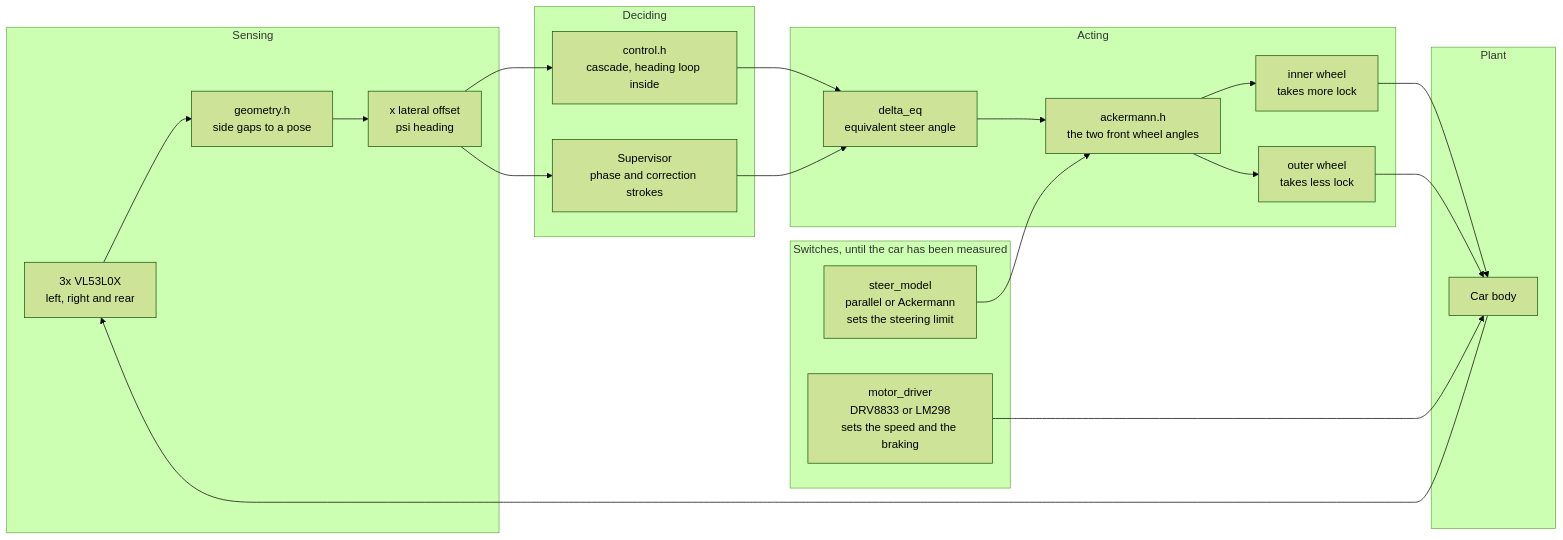
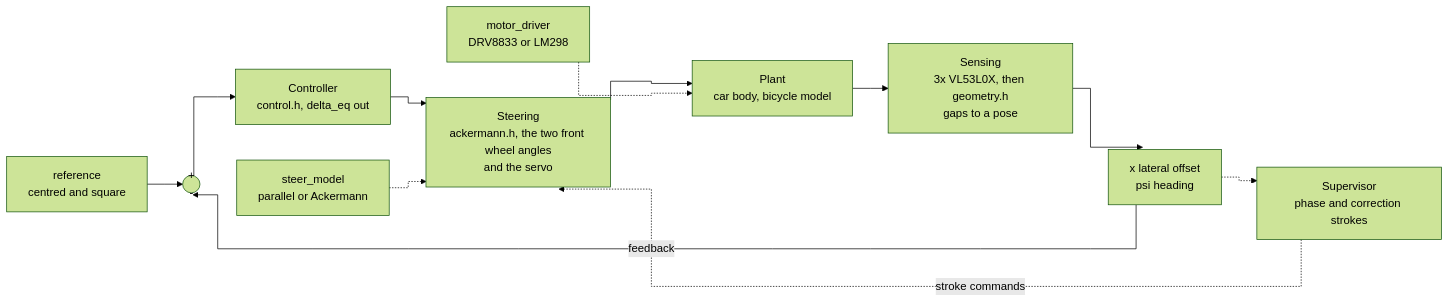
One commit to AndrewKHalim/Self-Parking-Car changed the second of 2 diagrams in README.md. Above: the diagram before and after it, drawn with Mermaid (forest theme). The commit also changed other lines of this file and 17 other files, not shown here.

````diff
--- a/README.md
+++ b/README.md
@@ -290,31 +220,27 @@
 ```mermaid
+%%{init: {'flowchart': {'curve': 'stepBefore'}}}%%
 flowchart LR
-    subgraph sensing ["Sensing"]
-        s1["3x VL53L0X<br/>left, right and rear"] --> s2["geometry.h<br/>side gaps to a pose"]
-        s2 --> s3["x lateral offset<br/>psi heading"]
-    end
+    ref["reference<br/>centred and square"]
+    sum(("+<br/>-"))
+    ctl["Controller<br/>control.h, delta_eq out"]
+    steer["Steering<br/>ackermann.h, the two front wheel angles<br/>and the servo"]
+    plant["Plant<br/>car body, bicycle model"]
+    sense["Sensing<br/>3x VL53L0X, then geometry.h<br/>gaps to a pose"]
+    pose["x lateral offset<br/>psi heading"]
+    sup["Supervisor<br/>phase and correction strokes"]
+    sw1["steer_model<br/>parallel or Ackermann"]
+    sw2["motor_driver<br/>DRV8833 or LM298"]
 
-    subgraph deciding ["Deciding"]
-        s3 --> sup["Supervisor<br/>phase and correction strokes"]
-        s3 --> ctl["control.h<br/>cascade, heading loop inside"]
-    end
+    ref --> sum
+    sum --> ctl
+    ctl --> steer
+    steer --> plant
+    plant --> sense
+    sense --> pose
+    pose -->|"feedback"| sum
 
-    subgraph acting ["Acting"]
-        ctl --> eq["delta_eq<br/>equivalent steer angle"]
-        sup --> eq
-        eq --> ack["ackermann.h<br/>the two front wheel angles"]
-        ack --> inner["inner wheel<br/>takes more lock"]
-        ack --> outer["outer wheel<br/>takes less lock"]
-    end
-
-    subgraph plant ["Plant"]
-        inner --> car["Car body"]
-        outer --> car
-        car --> s1
-    end
-
-    subgraph switches ["Switches, until the car has been measured"]
-        sw1["steer_model<br/>parallel or Ackermann<br/>sets the steering limit"] --> ack
-        sw2["motor_driver<br/>DRV8833 or LM298<br/>sets the speed and the braking"] --> car
-    end
+    pose -.-> sup
+    sup -.->|"stroke commands"| steer
+    sw1 -.-> steer
+    sw2 -.-> plant
 ```
````
